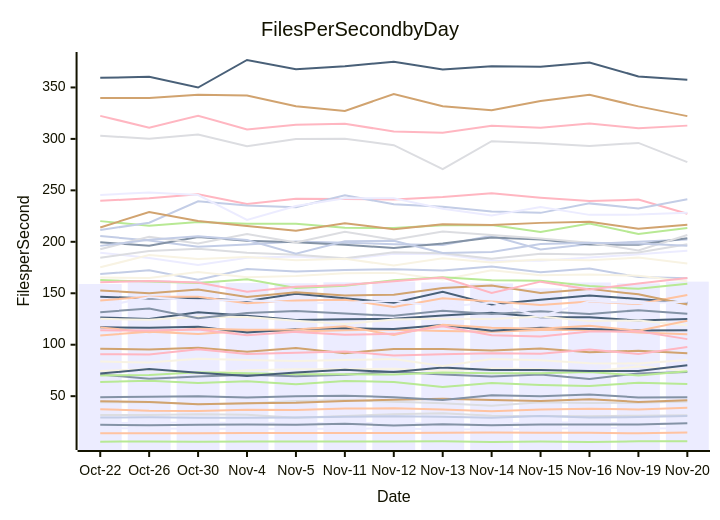
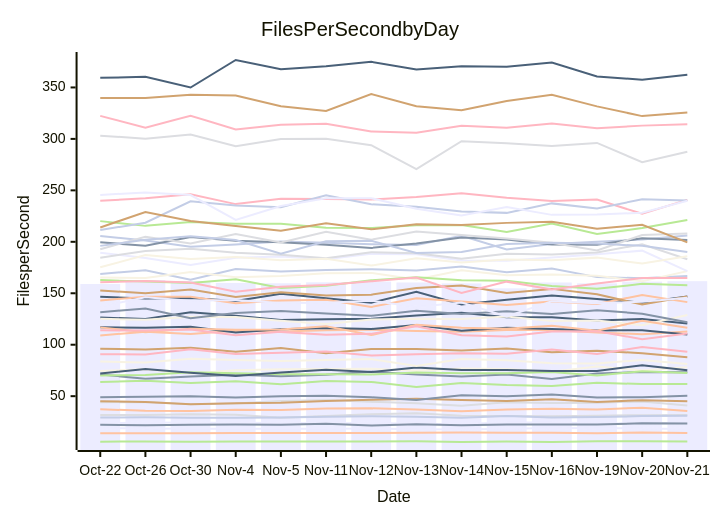
Before and after one commit to streetsidesoftware/cspell: the diagram in perf-report.md, drawn with Mermaid. The commit also changed other lines of this file and 1 other file, not shown here.

````diff
--- a/perf-report.md
+++ b/perf-report.md
@@ -10,57 +10,57 @@
 ```mermaid
 xychart-beta
     title Files Per Second by Day
     y-axis Files per Second
-    x-axis Date [Oct-22, Oct-26, Oct-30, Nov-4, Nov-5, Nov-11, Nov-12, Nov-13, Nov-14, Nov-15, Nov-16, Nov-19, Nov-20]
-    bar [159.03, 162.88, 161.94, 160.02, 159.72, 160.65, 161.35, 160.47, 159.54, 154.79, 160.46, 159.61, 161.30]
-    line [71.08, 67.00, 69.09, 70.86, 69.37, 70.88, 73.81, 71.09, 69.11, 71.10, 66.81, 72.11, 73.56]
-    line [14.01, 14.02, 13.97, 14.18, 14.33, 14.26, 14.23, 14.49, 14.71, 14.55, 14.39, 13.95, 14.60]
-    line [44.08, 44.42, 42.24, 42.88, 45.37, 46.20, 44.50, 43.23, 40.60, 44.15, 43.48, 43.70, 44.83]
-    line [63.79, 65.07, 62.75, 64.51, 61.69, 64.67, 63.79, 59.02, 62.70, 60.80, 59.91, 63.00, 61.76]
-    line [96.00, 95.45, 97.05, 93.17, 96.79, 91.80, 95.95, 95.87, 94.48, 96.44, 92.65, 94.10, 91.76]
-    line [205.59, 201.31, 195.27, 197.35, 200.31, 199.19, 197.63, 196.85, 205.77, 192.52, 197.76, 200.10, 202.32]
-    line [322.37, 310.93, 322.55, 309.17, 313.73, 314.69, 307.18, 306.00, 312.70, 310.78, 315.06, 310.37, 312.90]
-    line [126.46, 125.04, 131.49, 128.05, 124.13, 124.73, 125.27, 128.39, 131.06, 126.59, 126.76, 123.53, 124.94]
-    line [125.15, 124.19, 127.28, 126.86, 123.18, 120.25, 124.45, 125.35, 124.99, 127.41, 122.93, 123.56, 118.96]
-    line [23.92, 24.17, 24.43, 23.95, 24.20, 23.49, 24.08, 23.00, 23.06, 24.50, 24.34, 23.62, 23.53]
-    line [22.28, 21.78, 22.12, 22.59, 22.34, 23.16, 21.54, 22.68, 21.85, 22.43, 22.45, 22.56, 23.60]
-    line [109.04, 112.63, 110.40, 113.53, 112.85, 114.15, 114.65, 113.36, 112.62, 114.36, 114.33, 111.99, 110.22]
-    line [31.67, 31.78, 32.41, 31.83, 29.14, 30.76, 32.43, 33.35, 30.87, 30.71, 30.55, 30.97, 31.56]
-    line [5.75, 6.03, 5.80, 6.05, 5.91, 5.92, 6.05, 6.23, 5.47, 5.95, 5.52, 6.13, 6.21]
-    line [45.07, 44.31, 42.25, 43.22, 43.49, 45.34, 46.46, 47.61, 46.36, 45.42, 47.07, 44.45, 46.03]
-    line [168.67, 172.42, 163.25, 173.61, 171.18, 172.63, 173.35, 172.14, 176.09, 170.54, 174.05, 165.70, 164.60]
-    line [239.78, 242.41, 246.20, 236.64, 241.81, 241.59, 241.14, 243.55, 247.17, 242.91, 239.70, 241.02, 227.21]
-    line [116.88, 116.53, 117.43, 111.89, 115.01, 116.13, 115.22, 119.08, 113.54, 116.51, 115.21, 113.92, 114.16]
-    line [165.23, 164.80, 170.61, 165.61, 166.70, 169.45, 169.81, 163.46, 172.46, 167.41, 168.34, 167.09, 161.78]
-    line [19.00, 18.63, 18.25, 18.44, 18.38, 18.23, 18.67, 17.83, 17.56, 18.43, 19.15, 18.91, 18.65]
-    line [49.03, 49.37, 49.99, 48.68, 50.03, 50.42, 49.00, 46.22, 50.88, 49.95, 51.56, 48.83, 49.01]
-    line [116.85, 112.16, 115.50, 114.45, 114.87, 117.85, 109.38, 119.29, 116.46, 115.59, 118.49, 113.54, 123.36]
-    line [303.13, 300.22, 304.34, 292.89, 299.81, 300.08, 293.90, 270.62, 297.75, 295.78, 293.19, 296.08, 277.37]
-    line [162.77, 161.40, 160.02, 163.60, 155.05, 157.20, 162.55, 165.62, 162.61, 162.23, 156.96, 154.28, 159.13]
-    line [339.81, 339.82, 342.79, 342.26, 331.64, 327.21, 343.58, 331.81, 327.76, 336.79, 342.94, 331.62, 322.15]
-    line [29.31, 29.41, 29.14, 29.07, 29.19, 29.96, 30.60, 29.98, 29.13, 30.65, 29.20, 29.66, 30.68]
-    line [90.70, 90.60, 95.53, 91.04, 92.11, 93.46, 89.53, 90.84, 91.64, 91.15, 95.31, 91.02, 97.72]
-    line [146.67, 144.85, 145.45, 142.42, 149.63, 145.08, 140.78, 151.35, 139.20, 143.75, 147.85, 144.42, 140.89]
-    line [74.51, 76.18, 72.03, 75.21, 76.09, 76.34, 76.58, 74.79, 76.80, 76.30, 73.76, 78.85, 74.91]
-    line [189.47, 184.23, 177.36, 184.49, 185.72, 182.94, 188.28, 187.98, 181.73, 181.49, 184.66, 187.81, 191.42]
-    line [199.55, 196.07, 204.60, 201.12, 199.63, 197.18, 194.05, 198.31, 204.17, 202.23, 197.34, 197.09, 203.42]
-    line [143.06, 146.69, 146.59, 140.40, 143.02, 143.74, 136.69, 145.20, 142.11, 138.52, 142.01, 139.48, 148.36]
-    line [184.56, 191.17, 193.23, 189.38, 187.47, 183.93, 189.93, 188.83, 183.53, 188.50, 187.66, 189.71, 197.63]
-    line [220.10, 215.49, 219.14, 217.54, 217.64, 213.57, 213.32, 216.11, 216.43, 209.55, 217.83, 207.54, 213.34]
-    line [152.74, 149.93, 153.73, 146.39, 151.10, 147.79, 148.60, 155.08, 157.59, 150.36, 154.26, 148.98, 139.01]
-    line [211.47, 218.53, 239.32, 235.17, 233.67, 245.24, 236.50, 233.98, 229.39, 228.12, 237.34, 232.45, 241.31]
-    line [113.95, 113.80, 114.69, 109.15, 112.48, 109.72, 110.55, 118.02, 109.29, 108.02, 112.93, 112.97, 105.44]
-    line [359.34, 360.33, 349.95, 376.67, 367.68, 370.64, 374.87, 367.41, 370.51, 370.21, 374.24, 360.74, 357.55]
-    line [175.20, 187.18, 183.23, 185.22, 182.14, 183.42, 176.89, 184.07, 179.92, 182.71, 181.97, 184.63, 178.93]
-    line [245.56, 247.95, 245.41, 221.31, 234.75, 242.27, 242.37, 232.19, 225.67, 233.72, 226.18, 226.48, 228.27]
-    line [131.59, 135.21, 125.70, 130.73, 132.76, 130.23, 128.16, 133.01, 129.97, 132.49, 129.80, 133.61, 130.16]
-    line [37.33, 35.82, 35.71, 36.86, 36.50, 38.05, 38.19, 36.99, 35.25, 37.09, 37.76, 37.04, 38.77]
-    line [192.85, 204.98, 198.27, 207.58, 199.26, 209.84, 202.01, 209.99, 206.66, 203.31, 199.00, 191.59, 206.65]
-    line [70.11, 70.57, 73.22, 72.23, 71.32, 71.25, 71.08, 73.06, 72.16, 72.33, 73.39, 70.13, 74.26]
-    line [213.97, 229.01, 220.21, 215.36, 210.66, 218.14, 212.13, 216.95, 216.28, 218.40, 219.59, 212.75, 216.58]
-    line [196.05, 201.96, 205.39, 201.71, 188.42, 200.46, 201.07, 189.10, 190.06, 197.82, 199.09, 198.24, 196.06]
-    line [160.80, 161.82, 160.48, 151.46, 156.36, 158.02, 161.56, 165.28, 150.34, 161.29, 153.65, 159.58, 164.91]
-    line [71.96, 76.44, 72.80, 69.62, 72.93, 75.62, 73.39, 77.86, 75.46, 75.53, 74.48, 74.42, 80.12]
-    line [83.62, 82.78, 86.40, 85.26, 84.18, 85.13, 86.07, 79.22, 86.18, 84.80, 82.10, 81.80, 85.25]
-    line [136.76, 146.14, 142.74, 143.48, 140.52, 140.72, 142.75, 136.72, 140.92, 127.38, 142.26, 140.32, 141.64]
+    x-axis Date [Oct-22, Oct-26, Oct-30, Nov-4, Nov-5, Nov-11, Nov-12, Nov-13, Nov-14, Nov-15, Nov-16, Nov-19, Nov-20, Nov-21]
+    bar [159.03, 162.88, 161.94, 160.02, 159.72, 160.65, 161.35, 160.47, 159.54, 154.79, 160.46, 159.61, 161.30, 161.72]
+    line [71.08, 67.00, 69.09, 70.86, 69.37, 70.88, 73.81, 71.09, 69.11, 71.10, 66.81, 72.11, 73.56, 73.35]
+    line [14.01, 14.02, 13.97, 14.18, 14.33, 14.26, 14.23, 14.49, 14.71, 14.55, 14.39, 13.95, 14.60, 14.11]
+    line [44.08, 44.42, 42.24, 42.88, 45.37, 46.20, 44.50, 43.23, 40.60, 44.15, 43.48, 43.70, 44.83, 41.01]
+    line [63.79, 65.07, 62.75, 64.51, 61.69, 64.67, 63.79, 59.02, 62.70, 60.80, 59.91, 63.00, 61.76, 61.71]
+    line [96.00, 95.45, 97.05, 93.17, 96.79, 91.80, 95.95, 95.87, 94.48, 96.44, 92.65, 94.10, 91.76, 87.85]
+    line [205.59, 201.31, 195.27, 197.35, 200.31, 199.19, 197.63, 196.85, 205.77, 192.52, 197.76, 200.10, 202.32, 206.18]
+    line [322.37, 310.93, 322.55, 309.17, 313.73, 314.69, 307.18, 306.00, 312.70, 310.78, 315.06, 310.37, 312.90, 314.26]
+    line [126.46, 125.04, 131.49, 128.05, 124.13, 124.73, 125.27, 128.39, 131.06, 126.59, 126.76, 123.53, 124.94, 120.63]
+    line [125.15, 124.19, 127.28, 126.86, 123.18, 120.25, 124.45, 125.35, 124.99, 127.41, 122.93, 123.56, 118.96, 128.93]
+    line [23.92, 24.17, 24.43, 23.95, 24.20, 23.49, 24.08, 23.00, 23.06, 24.50, 24.34, 23.62, 23.53, 23.90]
+    line [22.28, 21.78, 22.12, 22.59, 22.34, 23.16, 21.54, 22.68, 21.85, 22.43, 22.45, 22.56, 23.60, 23.49]
+    line [109.04, 112.63, 110.40, 113.53, 112.85, 114.15, 114.65, 113.36, 112.62, 114.36, 114.33, 111.99, 110.22, 112.89]
+    line [31.67, 31.78, 32.41, 31.83, 29.14, 30.76, 32.43, 33.35, 30.87, 30.71, 30.55, 30.97, 31.56, 31.67]
+    line [5.75, 6.03, 5.80, 6.05, 5.91, 5.92, 6.05, 6.23, 5.47, 5.95, 5.52, 6.13, 6.21, 6.00]
+    line [45.07, 44.31, 42.25, 43.22, 43.49, 45.34, 46.46, 47.61, 46.36, 45.42, 47.07, 44.45, 46.03, 45.17]
+    line [168.67, 172.42, 163.25, 173.61, 171.18, 172.63, 173.35, 172.14, 176.09, 170.54, 174.05, 165.70, 164.60, 166.89]
+    line [239.78, 242.41, 246.20, 236.64, 241.81, 241.59, 241.14, 243.55, 247.17, 242.91, 239.70, 241.02, 227.21, 240.74]
+    line [116.88, 116.53, 117.43, 111.89, 115.01, 116.13, 115.22, 119.08, 113.54, 116.51, 115.21, 113.92, 114.16, 109.92]
+    line [165.23, 164.80, 170.61, 165.61, 166.70, 169.45, 169.81, 163.46, 172.46, 167.41, 168.34, 167.09, 161.78, 171.51]
+    line [19.00, 18.63, 18.25, 18.44, 18.38, 18.23, 18.67, 17.83, 17.56, 18.43, 19.15, 18.91, 18.65, 18.09]
+    line [49.03, 49.37, 49.99, 48.68, 50.03, 50.42, 49.00, 46.22, 50.88, 49.95, 51.56, 48.83, 49.01, 50.46]
+    line [116.85, 112.16, 115.50, 114.45, 114.87, 117.85, 109.38, 119.29, 116.46, 115.59, 118.49, 113.54, 123.36, 116.49]
+    line [303.13, 300.22, 304.34, 292.89, 299.81, 300.08, 293.90, 270.62, 297.75, 295.78, 293.19, 296.08, 277.37, 287.54]
+    line [162.77, 161.40, 160.02, 163.60, 155.05, 157.20, 162.55, 165.62, 162.61, 162.23, 156.96, 154.28, 159.13, 157.68]
+    line [339.81, 339.82, 342.79, 342.26, 331.64, 327.21, 343.58, 331.81, 327.76, 336.79, 342.94, 331.62, 322.15, 325.61]
+    line [29.31, 29.41, 29.14, 29.07, 29.19, 29.96, 30.60, 29.98, 29.13, 30.65, 29.20, 29.66, 30.68, 30.88]
+    line [90.70, 90.60, 95.53, 91.04, 92.11, 93.46, 89.53, 90.84, 91.64, 91.15, 95.31, 91.02, 97.72, 93.09]
+    line [146.67, 144.85, 145.45, 142.42, 149.63, 145.08, 140.78, 151.35, 139.20, 143.75, 147.85, 144.42, 140.89, 146.87]
+    line [74.51, 76.18, 72.03, 75.21, 76.09, 76.34, 76.58, 74.79, 76.80, 76.30, 73.76, 78.85, 74.91, 78.17]
+    line [189.47, 184.23, 177.36, 184.49, 185.72, 182.94, 188.28, 187.98, 181.73, 181.49, 184.66, 187.81, 191.42, 171.50]
+    line [199.55, 196.07, 204.60, 201.12, 199.63, 197.18, 194.05, 198.31, 204.17, 202.23, 197.34, 197.09, 203.42, 201.69]
+    line [143.06, 146.69, 146.59, 140.40, 143.02, 143.74, 136.69, 145.20, 142.11, 138.52, 142.01, 139.48, 148.36, 141.40]
+    line [184.56, 191.17, 193.23, 189.38, 187.47, 183.93, 189.93, 188.83, 183.53, 188.50, 187.66, 189.71, 197.63, 183.07]
+    line [220.10, 215.49, 219.14, 217.54, 217.64, 213.57, 213.32, 216.11, 216.43, 209.55, 217.83, 207.54, 213.34, 221.24]
+    line [152.74, 149.93, 153.73, 146.39, 151.10, 147.79, 148.60, 155.08, 157.59, 150.36, 154.26, 148.98, 139.01, 146.76]
+    line [211.47, 218.53, 239.32, 235.17, 233.67, 245.24, 236.50, 233.98, 229.39, 228.12, 237.34, 232.45, 241.31, 240.12]
+    line [113.95, 113.80, 114.69, 109.15, 112.48, 109.72, 110.55, 118.02, 109.29, 108.02, 112.93, 112.97, 105.44, 110.94]
+    line [359.34, 360.33, 349.95, 376.67, 367.68, 370.64, 374.87, 367.41, 370.51, 370.21, 374.24, 360.74, 357.55, 362.33]
+    line [175.20, 187.18, 183.23, 185.22, 182.14, 183.42, 176.89, 184.07, 179.92, 182.71, 181.97, 184.63, 178.93, 186.00]
+    line [245.56, 247.95, 245.41, 221.31, 234.75, 242.27, 242.37, 232.19, 225.67, 233.72, 226.18, 226.48, 228.27, 239.87]
+    line [131.59, 135.21, 125.70, 130.73, 132.76, 130.23, 128.16, 133.01, 129.97, 132.49, 129.80, 133.61, 130.16, 121.81]
+    line [37.33, 35.82, 35.71, 36.86, 36.50, 38.05, 38.19, 36.99, 35.25, 37.09, 37.76, 37.04, 38.77, 35.66]
+    line [192.85, 204.98, 198.27, 207.58, 199.26, 209.84, 202.01, 209.99, 206.66, 203.31, 199.00, 191.59, 206.65, 208.19]
+    line [70.11, 70.57, 73.22, 72.23, 71.32, 71.25, 71.08, 73.06, 72.16, 72.33, 73.39, 70.13, 74.26, 72.43]
+    line [213.97, 229.01, 220.21, 215.36, 210.66, 218.14, 212.13, 216.95, 216.28, 218.40, 219.59, 212.75, 216.58, 199.40]
+    line [196.05, 201.96, 205.39, 201.71, 188.42, 200.46, 201.07, 189.10, 190.06, 197.82, 199.09, 198.24, 196.06, 190.15]
+    line [160.80, 161.82, 160.48, 151.46, 156.36, 158.02, 161.56, 165.28, 150.34, 161.29, 153.65, 159.58, 164.91, 164.86]
+    line [71.96, 76.44, 72.80, 69.62, 72.93, 75.62, 73.39, 77.86, 75.46, 75.53, 74.48, 74.42, 80.12, 75.22]
+    line [83.62, 82.78, 86.40, 85.26, 84.18, 85.13, 86.07, 79.22, 86.18, 84.80, 82.10, 81.80, 85.25, 81.38]
+    line [136.76, 146.14, 142.74, 143.48, 140.52, 140.72, 142.75, 136.72, 140.92, 127.38, 142.26, 140.32, 141.64, 145.71]
 ```
````
